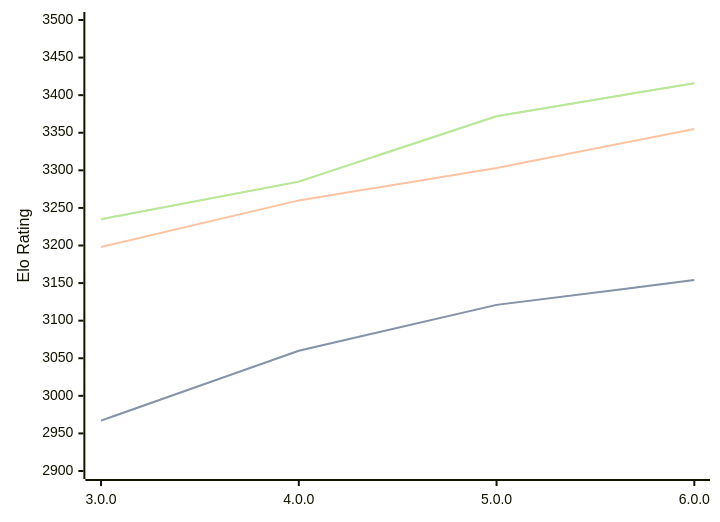
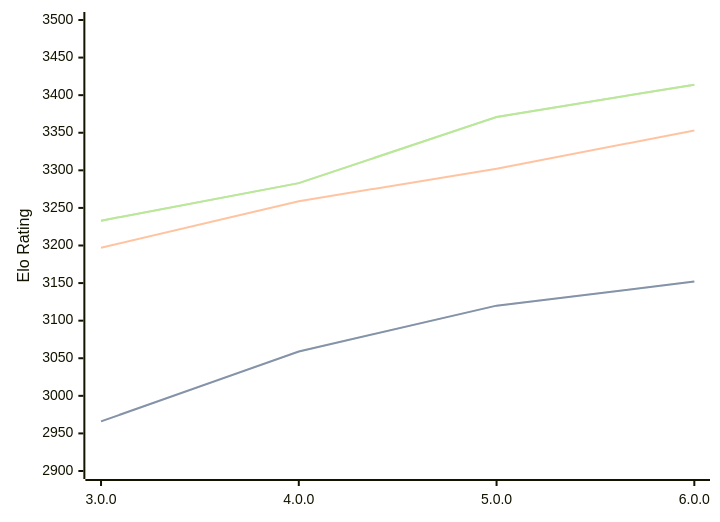
Before and after one commit to computer-chess-index/cci: the diagram in engines/Minke.md, drawn with Mermaid. The commit also changed other lines of this file, not shown here.

Commit message:
Update CCI Ratings (ELO VLTC) - 2026-06-07

````diff
--- a/engines/Minke.md
+++ b/engines/Minke.md
@@ -36,11 +36,11 @@
 ```mermaid
 %%{init: {"theme":"base","themeVariables":{"seriesColors:['#a3a3a3','#222221','#faa371']}}}%%
 xychart-beta
   x-axis ["3.0.0", "4.0.0", "5.0.0", "6.0.0"]
   y-axis "Elo Rating" 2900 --> 3500
-  line "STC (8.0+0.08s)" [2967, 3060, 3121, 3154]
-  line "STC (8.0+0.08s)" [2967, 3060, 3121, 3154]
-  line "LTC (60.0+0.60s)" [3198, 3260, 3303, 3355]
-  line "VLTC (2m24s+1.12s)" [3235, 3285, 3372, 3416]
-  line "VLTC (2m24s+1.12s)" [3235, 3285, 3372, 3416]
+  line "STC (8.0+0.08s)" [2966, 3059, 3120, 3152]
+  line "STC (8.0+0.08s)" [2966, 3059, 3120, 3152]
+  line "LTC (60.0+0.60s)" [3197, 3259, 3302, 3353]
+  line "VLTC (2m24s+1.12s)" [3233, 3283, 3371, 3414]
+  line "VLTC (2m24s+1.12s)" [3233, 3283, 3371, 3414]
 ```
````
